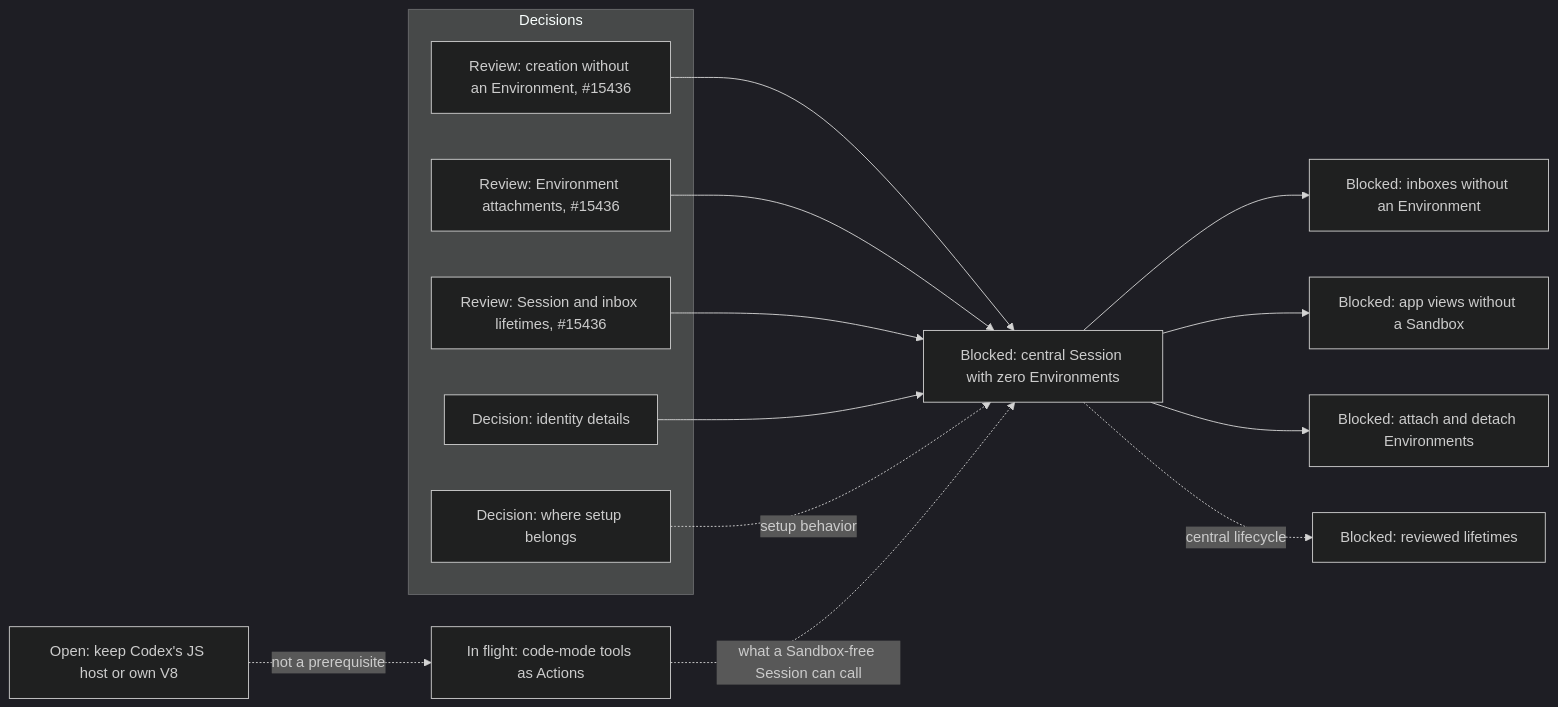
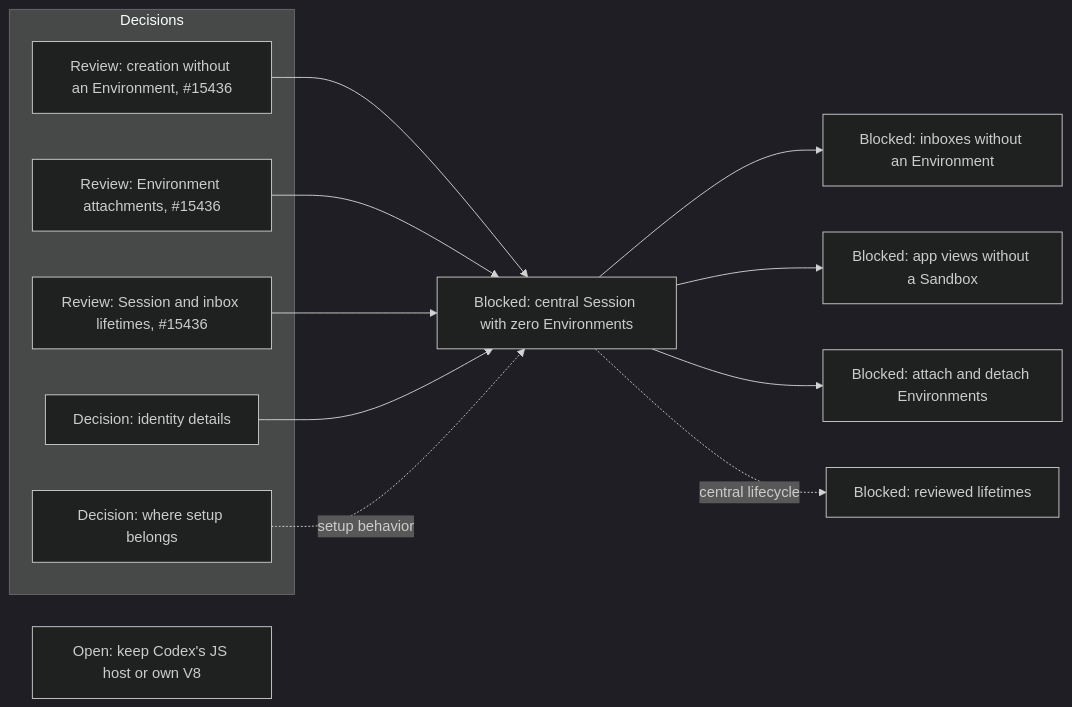
The second of 21 diagrams in agentplane/plans/task_dag.md (agentydragon/ducktape), drawn with Mermaid (dark theme) before and after one commit. The commit also changed other lines of this file and 7 other files, not shown here.

````diff
--- a/agentplane/plans/task_dag.md
+++ b/agentplane/plans/task_dag.md
@@ -251,24 +236,21 @@
 ```mermaid
 flowchart LR
     subgraph DECIDE[Decisions]
         CENTRAL_SESSION_CREATION_CONTRACT[Review: creation without an Environment, #15436]
         SESSION_ATTACHMENT_CONTRACT[Review: Environment attachments, #15436]
         SESSION_AND_INBOX_LIFETIME[Review: Session and inbox lifetimes, #15436]
         SESSION_ENVIRONMENT_SETUP_DESIGN[Decision: where setup belongs]
         SESSION_IDENTITY_CONTRACT[Decision: identity details]
     end
-    CENTRAL_SESSION_DELEGATED_ACTING[In flight: code-mode tools as Actions]
     CENTRAL_SESSION_WITHOUT_ENVIRONMENT[Blocked: central Session with zero Environments]
     CODE_MODE_HOST_DESIGN[Open: keep Codex's JS host or own V8]
     CENTRAL_SESSION_CREATION_CONTRACT --> CENTRAL_SESSION_WITHOUT_ENVIRONMENT
     SESSION_ATTACHMENT_CONTRACT --> CENTRAL_SESSION_WITHOUT_ENVIRONMENT
     SESSION_AND_INBOX_LIFETIME --> CENTRAL_SESSION_WITHOUT_ENVIRONMENT
     SESSION_IDENTITY_CONTRACT --> CENTRAL_SESSION_WITHOUT_ENVIRONMENT
     SESSION_ENVIRONMENT_SETUP_DESIGN -. setup behavior .-> CENTRAL_SESSION_WITHOUT_ENVIRONMENT
-    CENTRAL_SESSION_DELEGATED_ACTING -. what a Sandbox-free Session can call .-> CENTRAL_SESSION_WITHOUT_ENVIRONMENT
-    CODE_MODE_HOST_DESIGN -. not a prerequisite .-> CENTRAL_SESSION_DELEGATED_ACTING
     CENTRAL_SESSION_WITHOUT_ENVIRONMENT --> CENTRAL_SESSION_NOTIFICATIONS[Blocked: inboxes without an Environment]
     CENTRAL_SESSION_WITHOUT_ENVIRONMENT --> SESSION_HISTORY_PRESENTATION[Blocked: app views without a Sandbox]
     CENTRAL_SESSION_WITHOUT_ENVIRONMENT --> SESSION_ENV_ATTACHMENTS[Blocked: attach and detach Environments]
     CENTRAL_SESSION_WITHOUT_ENVIRONMENT -. central lifecycle .-> SESSION_LIFETIME_IMPLEMENTATION[Blocked: reviewed lifetimes]
 ```
````
